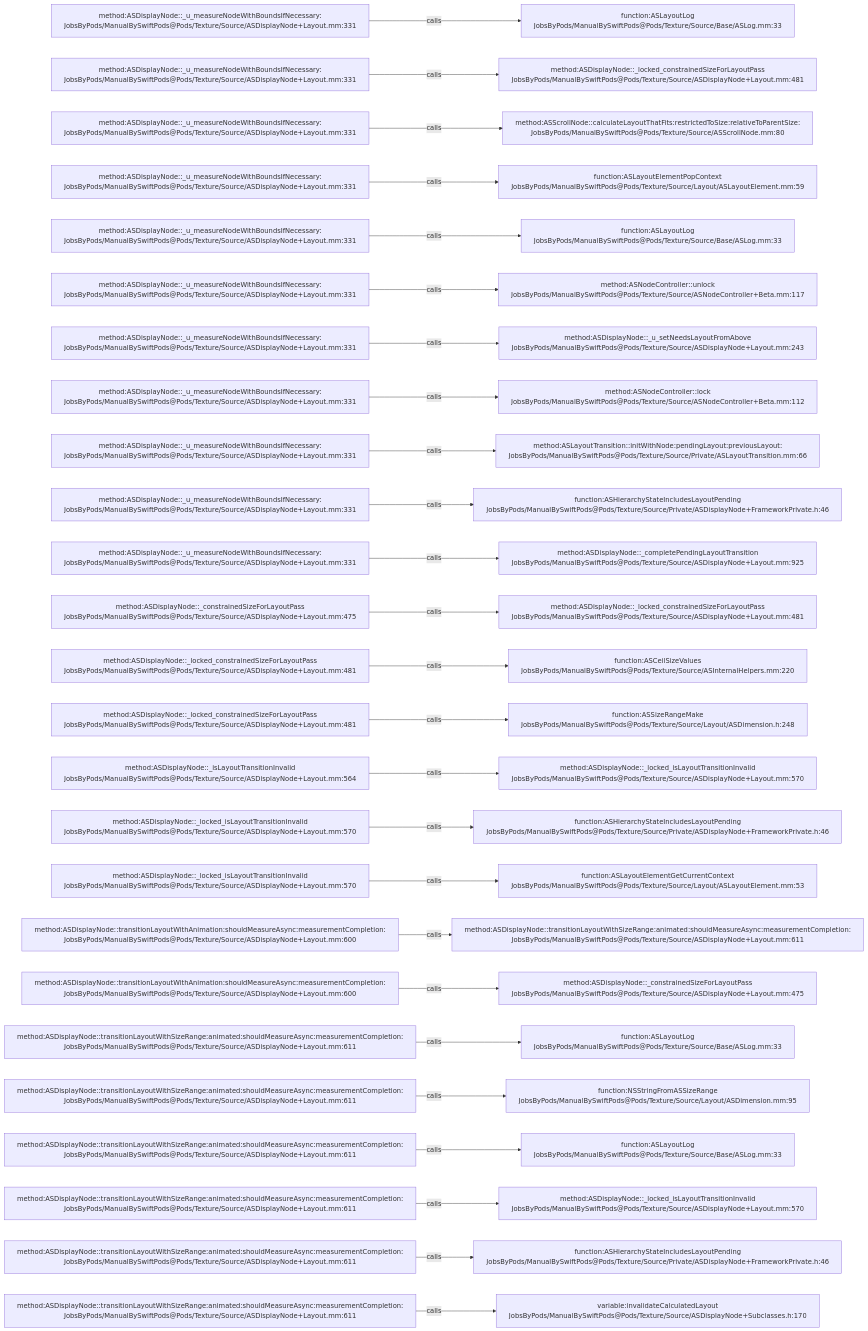
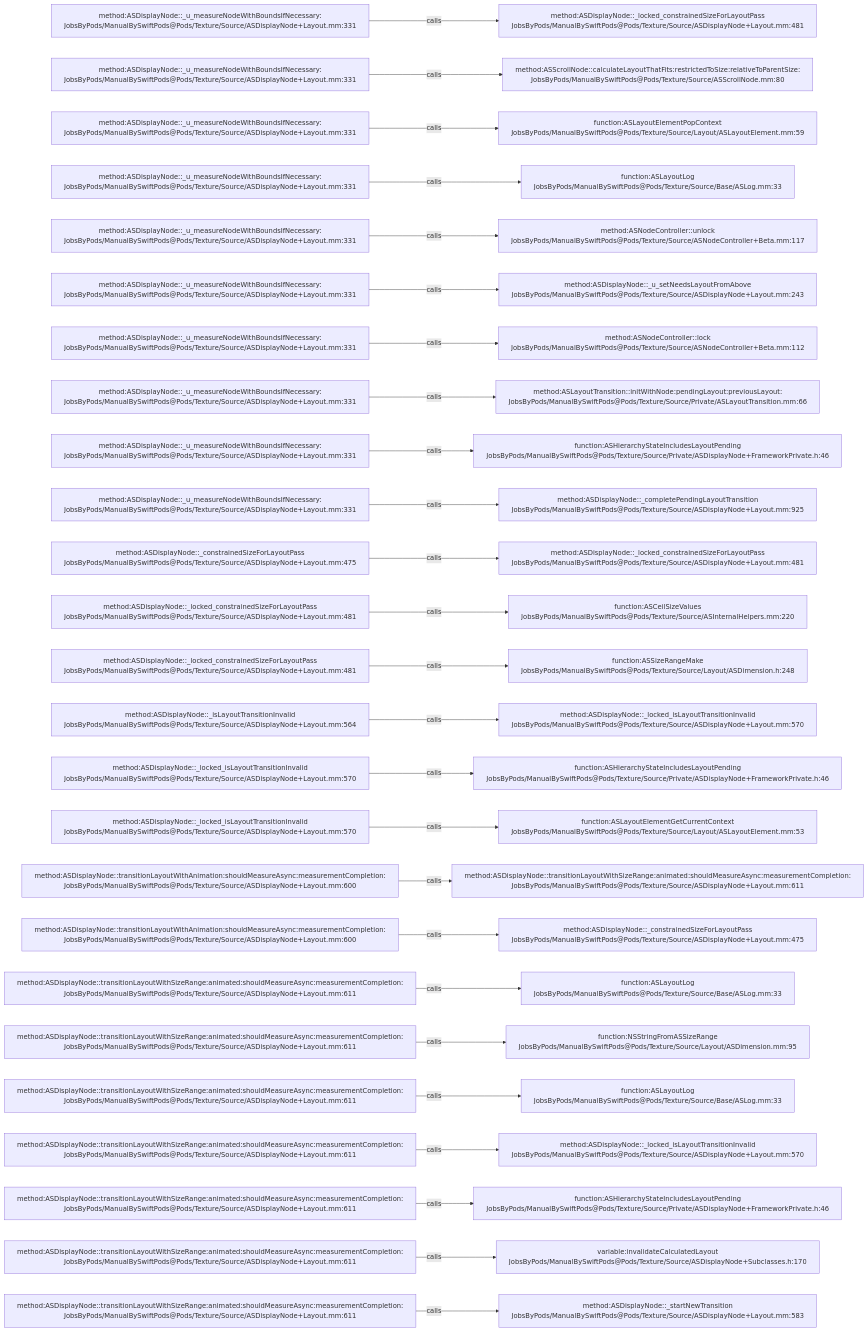
Before and after one commit to JobsKits/JobsSwiftBaseConfigDemo: the diagram in .codegraph/codegraph.md/graphs/calls-022.md, drawn with Mermaid. The commit also changed 747 other files, not shown here.

````diff
--- a/.codegraph/codegraph.md/graphs/calls-022.md
+++ b/.codegraph/codegraph.md/graphs/calls-022.md
@@ -13,78 +13,78 @@
 ```mermaid
 flowchart LR
   S1["method:ASDisplayNode::_u_measureNodeWithBoundsIfNecessary:<br/>JobsByPods/ManualBySwiftPods@Pods/Texture/Source/ASDisplayNode+Layout.mm:331"]
-  T1["function:ASLayoutLog<br/>JobsByPods/ManualBySwiftPods@Pods/Texture/Source/Base/ASLog.mm:33"]
+  T1["method:ASDisplayNode::_locked_constrainedSizeForLayoutPass<br/>JobsByPods/ManualBySwiftPods@Pods/Texture/Source/ASDisplayNode+Layout.mm:481"]
   S1 -->|calls| T1
   S2["method:ASDisplayNode::_u_measureNodeWithBoundsIfNecessary:<br/>JobsByPods/ManualBySwiftPods@Pods/Texture/Source/ASDisplayNode+Layout.mm:331"]
-  T2["method:ASDisplayNode::_locked_constrainedSizeForLayoutPass<br/>JobsByPods/ManualBySwiftPods@Pods/Texture/Source/ASDisplayNode+Layout.mm:481"]
+  T2["method:ASScrollNode::calculateLayoutThatFits:restrictedToSize:relativeToParentSize:<br/>JobsByPods/ManualBySwiftPods@Pods/Texture/Source/ASScrollNode.mm:80"]
   S2 -->|calls| T2
   S3["method:ASDisplayNode::_u_measureNodeWithBoundsIfNecessary:<br/>JobsByPods/ManualBySwiftPods@Pods/Texture/Source/ASDisplayNode+Layout.mm:331"]
-  T3["method:ASScrollNode::calculateLayoutThatFits:restrictedToSize:relativeToParentSize:<br/>JobsByPods/ManualBySwiftPods@Pods/Texture/Source/ASScrollNode.mm:80"]
+  T3["function:ASLayoutElementPopContext<br/>JobsByPods/ManualBySwiftPods@Pods/Texture/Source/Layout/ASLayoutElement.mm:59"]
   S3 -->|calls| T3
   S4["method:ASDisplayNode::_u_measureNodeWithBoundsIfNecessary:<br/>JobsByPods/ManualBySwiftPods@Pods/Texture/Source/ASDisplayNode+Layout.mm:331"]
-  T4["function:ASLayoutElementPopContext<br/>JobsByPods/ManualBySwiftPods@Pods/Texture/Source/Layout/ASLayoutElement.mm:59"]
+  T4["function:ASLayoutLog<br/>JobsByPods/ManualBySwiftPods@Pods/Texture/Source/Base/ASLog.mm:33"]
   S4 -->|calls| T4
   S5["method:ASDisplayNode::_u_measureNodeWithBoundsIfNecessary:<br/>JobsByPods/ManualBySwiftPods@Pods/Texture/Source/ASDisplayNode+Layout.mm:331"]
-  T5["function:ASLayoutLog<br/>JobsByPods/ManualBySwiftPods@Pods/Texture/Source/Base/ASLog.mm:33"]
+  T5["method:ASNodeController::unlock<br/>JobsByPods/ManualBySwiftPods@Pods/Texture/Source/ASNodeController+Beta.mm:117"]
   S5 -->|calls| T5
   S6["method:ASDisplayNode::_u_measureNodeWithBoundsIfNecessary:<br/>JobsByPods/ManualBySwiftPods@Pods/Texture/Source/ASDisplayNode+Layout.mm:331"]
-  T6["method:ASNodeController::unlock<br/>JobsByPods/ManualBySwiftPods@Pods/Texture/Source/ASNodeController+Beta.mm:117"]
+  T6["method:ASDisplayNode::_u_setNeedsLayoutFromAbove<br/>JobsByPods/ManualBySwiftPods@Pods/Texture/Source/ASDisplayNode+Layout.mm:243"]
   S6 -->|calls| T6
   S7["method:ASDisplayNode::_u_measureNodeWithBoundsIfNecessary:<br/>JobsByPods/ManualBySwiftPods@Pods/Texture/Source/ASDisplayNode+Layout.mm:331"]
-  T7["method:ASDisplayNode::_u_setNeedsLayoutFromAbove<br/>JobsByPods/ManualBySwiftPods@Pods/Texture/Source/ASDisplayNode+Layout.mm:243"]
+  T7["method:ASNodeController::lock<br/>JobsByPods/ManualBySwiftPods@Pods/Texture/Source/ASNodeController+Beta.mm:112"]
   S7 -->|calls| T7
   S8["method:ASDisplayNode::_u_measureNodeWithBoundsIfNecessary:<br/>JobsByPods/ManualBySwiftPods@Pods/Texture/Source/ASDisplayNode+Layout.mm:331"]
-  T8["method:ASNodeController::lock<br/>JobsByPods/ManualBySwiftPods@Pods/Texture/Source/ASNodeController+Beta.mm:112"]
+  T8["method:ASLayoutTransition::initWithNode:pendingLayout:previousLayout:<br/>JobsByPods/ManualBySwiftPods@Pods/Texture/Source/Private/ASLayoutTransition.mm:66"]
   S8 -->|calls| T8
   S9["method:ASDisplayNode::_u_measureNodeWithBoundsIfNecessary:<br/>JobsByPods/ManualBySwiftPods@Pods/Texture/Source/ASDisplayNode+Layout.mm:331"]
-  T9["method:ASLayoutTransition::initWithNode:pendingLayout:previousLayout:<br/>JobsByPods/ManualBySwiftPods@Pods/Texture/Source/Private/ASLayoutTransition.mm:66"]
+  T9["function:ASHierarchyStateIncludesLayoutPending<br/>JobsByPods/ManualBySwiftPods@Pods/Texture/Source/Private/ASDisplayNode+FrameworkPrivate.h:46"]
   S9 -->|calls| T9
   S10["method:ASDisplayNode::_u_measureNodeWithBoundsIfNecessary:<br/>JobsByPods/ManualBySwiftPods@Pods/Texture/Source/ASDisplayNode+Layout.mm:331"]
-  T10["function:ASHierarchyStateIncludesLayoutPending<br/>JobsByPods/ManualBySwiftPods@Pods/Texture/Source/Private/ASDisplayNode+FrameworkPrivate.h:46"]
+  T10["method:ASDisplayNode::_completePendingLayoutTransition<br/>JobsByPods/ManualBySwiftPods@Pods/Texture/Source/ASDisplayNode+Layout.mm:925"]
   S10 -->|calls| T10
-  S11["method:ASDisplayNode::_u_measureNodeWithBoundsIfNecessary:<br/>JobsByPods/ManualBySwiftPods@Pods/Texture/Source/ASDisplayNode+Layout.mm:331"]
-  T11["method:ASDisplayNode::_completePendingLayoutTransition<br/>JobsByPods/ManualBySwiftPods@Pods/Texture/Source/ASDisplayNode+Layout.mm:925"]
+  S11["method:ASDisplayNode::_constrainedSizeForLayoutPass<br/>JobsByPods/ManualBySwiftPods@Pods/Texture/Source/ASDisplayNode+Layout.mm:475"]
+  T11["method:ASDisplayNode::_locked_constrainedSizeForLayoutPass<br/>JobsByPods/ManualBySwiftPods@Pods/Texture/Source/ASDisplayNode+Layout.mm:481"]
   S11 -->|calls| T11
-  S12["method:ASDisplayNode::_constrainedSizeForLayoutPass<br/>JobsByPods/ManualBySwiftPods@Pods/Texture/Source/ASDisplayNode+Layout.mm:475"]
-  T12["method:ASDisplayNode::_locked_constrainedSizeForLayoutPass<br/>JobsByPods/ManualBySwiftPods@Pods/Texture/Source/ASDisplayNode+Layout.mm:481"]
+  S12["method:ASDisplayNode::_locked_constrainedSizeForLayoutPass<br/>JobsByPods/ManualBySwiftPods@Pods/Texture/Source/ASDisplayNode+Layout.mm:481"]
+  T12["function:ASCeilSizeValues<br/>JobsByPods/ManualBySwiftPods@Pods/Texture/Source/ASInternalHelpers.mm:220"]
   S12 -->|calls| T12
   S13["method:ASDisplayNode::_locked_constrainedSizeForLayoutPass<br/>JobsByPods/ManualBySwiftPods@Pods/Texture/Source/ASDisplayNode+Layout.mm:481"]
-  T13["function:ASCeilSizeValues<br/>JobsByPods/ManualBySwiftPods@Pods/Texture/Source/ASInternalHelpers.mm:220"]
+  T13["function:ASSizeRangeMake<br/>JobsByPods/ManualBySwiftPods@Pods/Texture/Source/Layout/ASDimension.h:248"]
   S13 -->|calls| T13
-  S14["method:ASDisplayNode::_locked_constrainedSizeForLayoutPass<br/>JobsByPods/ManualBySwiftPods@Pods/Texture/Source/ASDisplayNode+Layout.mm:481"]
-  T14["function:ASSizeRangeMake<br/>JobsByPods/ManualBySwiftPods@Pods/Texture/Source/Layout/ASDimension.h:248"]
+  S14["method:ASDisplayNode::_isLayoutTransitionInvalid<br/>JobsByPods/ManualBySwiftPods@Pods/Texture/Source/ASDisplayNode+Layout.mm:564"]
+  T14["method:ASDisplayNode::_locked_isLayoutTransitionInvalid<br/>JobsByPods/ManualBySwiftPods@Pods/Texture/Source/ASDisplayNode+Layout.mm:570"]
   S14 -->|calls| T14
-  S15["method:ASDisplayNode::_isLayoutTransitionInvalid<br/>JobsByPods/ManualBySwiftPods@Pods/Texture/Source/ASDisplayNode+Layout.mm:564"]
-  T15["method:ASDisplayNode::_locked_isLayoutTransitionInvalid<br/>JobsByPods/ManualBySwiftPods@Pods/Texture/Source/ASDisplayNode+Layout.mm:570"]
+  S15["method:ASDisplayNode::_locked_isLayoutTransitionInvalid<br/>JobsByPods/ManualBySwiftPods@Pods/Texture/Source/ASDisplayNode+Layout.mm:570"]
+  T15["function:ASHierarchyStateIncludesLayoutPending<br/>JobsByPods/ManualBySwiftPods@Pods/Texture/Source/Private/ASDisplayNode+FrameworkPrivate.h:46"]
   S15 -->|calls| T15
   S16["method:ASDisplayNode::_locked_isLayoutTransitionInvalid<br/>JobsByPods/ManualBySwiftPods@Pods/Texture/Source/ASDisplayNode+Layout.mm:570"]
-  T16["function:ASHierarchyStateIncludesLayoutPending<br/>JobsByPods/ManualBySwiftPods@Pods/Texture/Source/Private/ASDisplayNode+FrameworkPrivate.h:46"]
+  T16["function:ASLayoutElementGetCurrentContext<br/>JobsByPods/ManualBySwiftPods@Pods/Texture/Source/Layout/ASLayoutElement.mm:53"]
   S16 -->|calls| T16
-  S17["method:ASDisplayNode::_locked_isLayoutTransitionInvalid<br/>JobsByPods/ManualBySwiftPods@Pods/Texture/Source/ASDisplayNode+Layout.mm:570"]
-  T17["function:ASLayoutElementGetCurrentContext<br/>JobsByPods/ManualBySwiftPods@Pods/Texture/Source/Layout/ASLayoutElement.mm:53"]
+  S17["method:ASDisplayNode::transitionLayoutWithAnimation:shouldMeasureAsync:measurementCompletion:<br/>JobsByPods/ManualBySwiftPods@Pods/Texture/Source/ASDisplayNode+Layout.mm:600"]
+  T17["method:ASDisplayNode::transitionLayoutWithSizeRange:animated:shouldMeasureAsync:measurementCompletion:<br/>JobsByPods/ManualBySwiftPods@Pods/Texture/Source/ASDisplayNode+Layout.mm:611"]
   S17 -->|calls| T17
   S18["method:ASDisplayNode::transitionLayoutWithAnimation:shouldMeasureAsync:measurementCompletion:<br/>JobsByPods/ManualBySwiftPods@Pods/Texture/Source/ASDisplayNode+Layout.mm:600"]
-  T18["method:ASDisplayNode::transitionLayoutWithSizeRange:animated:shouldMeasureAsync:measurementCompletion:<br/>JobsByPods/ManualBySwiftPods@Pods/Texture/Source/ASDisplayNode+Layout.mm:611"]
+  T18["method:ASDisplayNode::_constrainedSizeForLayoutPass<br/>JobsByPods/ManualBySwiftPods@Pods/Texture/Source/ASDisplayNode+Layout.mm:475"]
   S18 -->|calls| T18
-  S19["method:ASDisplayNode::transitionLayoutWithAnimation:shouldMeasureAsync:measurementCompletion:<br/>JobsByPods/ManualBySwiftPods@Pods/Texture/Source/ASDisplayNode+Layout.mm:600"]
-  T19["method:ASDisplayNode::_constrainedSizeForLayoutPass<br/>JobsByPods/ManualBySwiftPods@Pods/Texture/Source/ASDisplayNode+Layout.mm:475"]
+  S19["method:ASDisplayNode::transitionLayoutWithSizeRange:animated:shouldMeasureAsync:measurementCompletion:<br/>JobsByPods/ManualBySwiftPods@Pods/Texture/Source/ASDisplayNode+Layout.mm:611"]
+  T19["function:ASLayoutLog<br/>JobsByPods/ManualBySwiftPods@Pods/Texture/Source/Base/ASLog.mm:33"]
   S19 -->|calls| T19
   S20["method:ASDisplayNode::transitionLayoutWithSizeRange:animated:shouldMeasureAsync:measurementCompletion:<br/>JobsByPods/ManualBySwiftPods@Pods/Texture/Source/ASDisplayNode+Layout.mm:611"]
-  T20["function:ASLayoutLog<br/>JobsByPods/ManualBySwiftPods@Pods/Texture/Source/Base/ASLog.mm:33"]
+  T20["function:NSStringFromASSizeRange<br/>JobsByPods/ManualBySwiftPods@Pods/Texture/Source/Layout/ASDimension.mm:95"]
   S20 -->|calls| T20
   S21["method:ASDisplayNode::transitionLayoutWithSizeRange:animated:shouldMeasureAsync:measurementCompletion:<br/>JobsByPods/ManualBySwiftPods@Pods/Texture/Source/ASDisplayNode+Layout.mm:611"]
-  T21["function:NSStringFromASSizeRange<br/>JobsByPods/ManualBySwiftPods@Pods/Texture/Source/Layout/ASDimension.mm:95"]
+  T21["function:ASLayoutLog<br/>JobsByPods/ManualBySwiftPods@Pods/Texture/Source/Base/ASLog.mm:33"]
   S21 -->|calls| T21
   S22["method:ASDisplayNode::transitionLayoutWithSizeRange:animated:shouldMeasureAsync:measurementCompletion:<br/>JobsByPods/ManualBySwiftPods@Pods/Texture/Source/ASDisplayNode+Layout.mm:611"]
-  T22["function:ASLayoutLog<br/>JobsByPods/ManualBySwiftPods@Pods/Texture/Source/Base/ASLog.mm:33"]
+  T22["method:ASDisplayNode::_locked_isLayoutTransitionInvalid<br/>JobsByPods/ManualBySwiftPods@Pods/Texture/Source/ASDisplayNode+Layout.mm:570"]
   S22 -->|calls| T22
   S23["method:ASDisplayNode::transitionLayoutWithSizeRange:animated:shouldMeasureAsync:measurementCompletion:<br/>JobsByPods/ManualBySwiftPods@Pods/Texture/Source/ASDisplayNode+Layout.mm:611"]
-  T23["method:ASDisplayNode::_locked_isLayoutTransitionInvalid<br/>JobsByPods/ManualBySwiftPods@Pods/Texture/Source/ASDisplayNode+Layout.mm:570"]
+  T23["function:ASHierarchyStateIncludesLayoutPending<br/>JobsByPods/ManualBySwiftPods@Pods/Texture/Source/Private/ASDisplayNode+FrameworkPrivate.h:46"]
   S23 -->|calls| T23
   S24["method:ASDisplayNode::transitionLayoutWithSizeRange:animated:shouldMeasureAsync:measurementCompletion:<br/>JobsByPods/ManualBySwiftPods@Pods/Texture/Source/ASDisplayNode+Layout.mm:611"]
-  T24["function:ASHierarchyStateIncludesLayoutPending<br/>JobsByPods/ManualBySwiftPods@Pods/Texture/Source/Private/ASDisplayNode+FrameworkPrivate.h:46"]
+  T24["variable:invalidateCalculatedLayout<br/>JobsByPods/ManualBySwiftPods@Pods/Texture/Source/ASDisplayNode+Subclasses.h:170"]
   S24 -->|calls| T24
   S25["method:ASDisplayNode::transitionLayoutWithSizeRange:animated:shouldMeasureAsync:measurementCompletion:<br/>JobsByPods/ManualBySwiftPods@Pods/Texture/Source/ASDisplayNode+Layout.mm:611"]
-  T25["variable:invalidateCalculatedLayout<br/>JobsByPods/ManualBySwiftPods@Pods/Texture/Source/ASDisplayNode+Subclasses.h:170"]
+  T25["method:ASDisplayNode::_startNewTransition<br/>JobsByPods/ManualBySwiftPods@Pods/Texture/Source/ASDisplayNode+Layout.mm:583"]
   S25 -->|calls| T25
 ```
````
